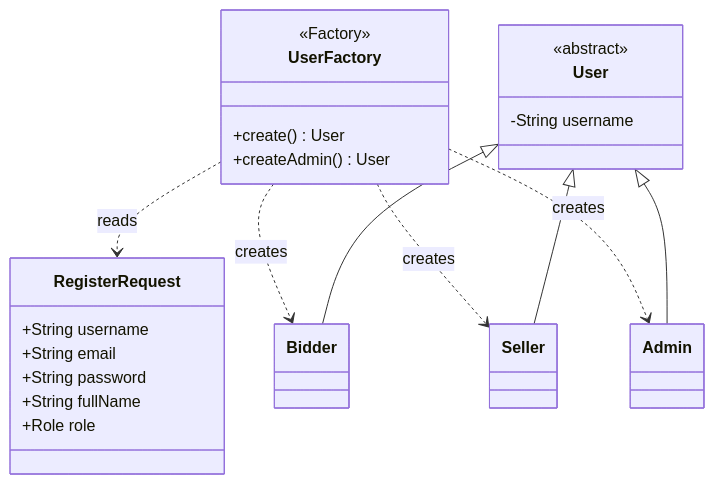
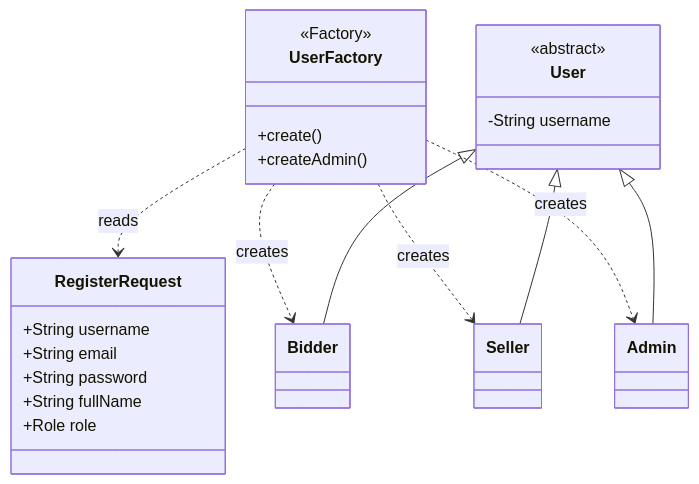
The fifth of 6 diagrams in docs/README/README.md (quagn-collab/GROUP-6-BTL), drawn with Mermaid before and after one commit. The commit also changed other lines of this file, not shown here.

````diff
--- a/docs/README/README.md
+++ b/docs/README/README.md
@@ -226,30 +222,29 @@
 ```mermaid
 classDiagram
-    direction TB
-    class UserFactory {
-        +create() User
-        +createAdmin() User
-    }
-    class RegisterRequest {
-        +String username
-        +String email
-        +String password
-        +String fullName
-        +Role role
-    }
-    class User {
-        -String username
-    }
-    class Bidder
-    class Seller
-    class Admin
-    UserFactory ..> RegisterRequest : reads
-    UserFactory ..> Bidder : creates
-    UserFactory ..> Seller : creates
-    UserFactory ..> Admin : creates
-    User <|-- Bidder
-    User <|-- Seller
-    User <|-- Admin
-    <<Factory>> UserFactory
-    <<abstract>> User
+  class UserFactory {
+    <<Factory>>
+    +create()
+    +createAdmin()
+  }
+  class RegisterRequest {
+    +String username
+    +String email
+    +String password
+    +String fullName
+    +Role role
+  }
+  class User {
+    <<abstract>>
+    -String username
+  }
+  class Bidder
+  class Seller
+  class Admin
+  UserFactory ..> RegisterRequest : reads
+  UserFactory ..> Bidder : creates
+  UserFactory ..> Seller : creates
+  UserFactory ..> Admin : creates
+  User <|-- Bidder
+  User <|-- Seller
+  User <|-- Admin
 ```
````
